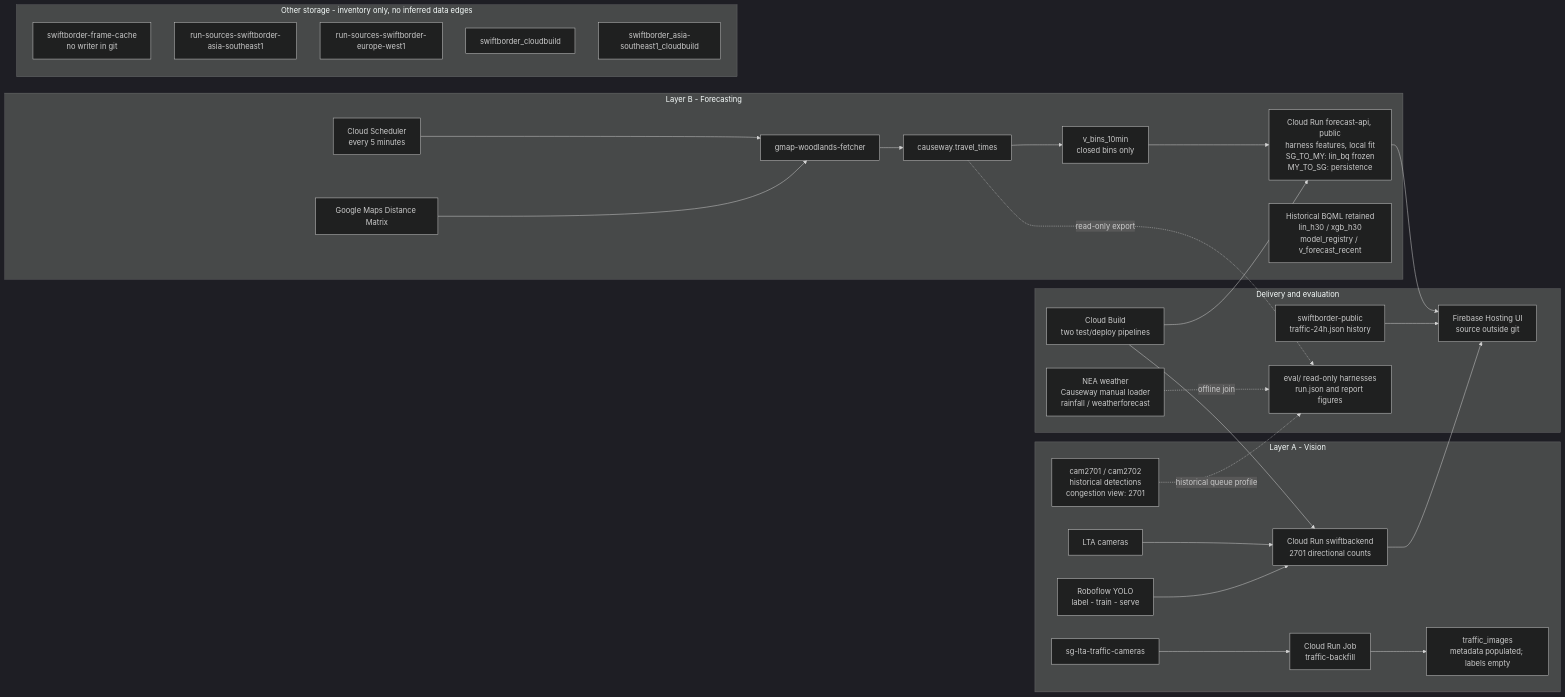
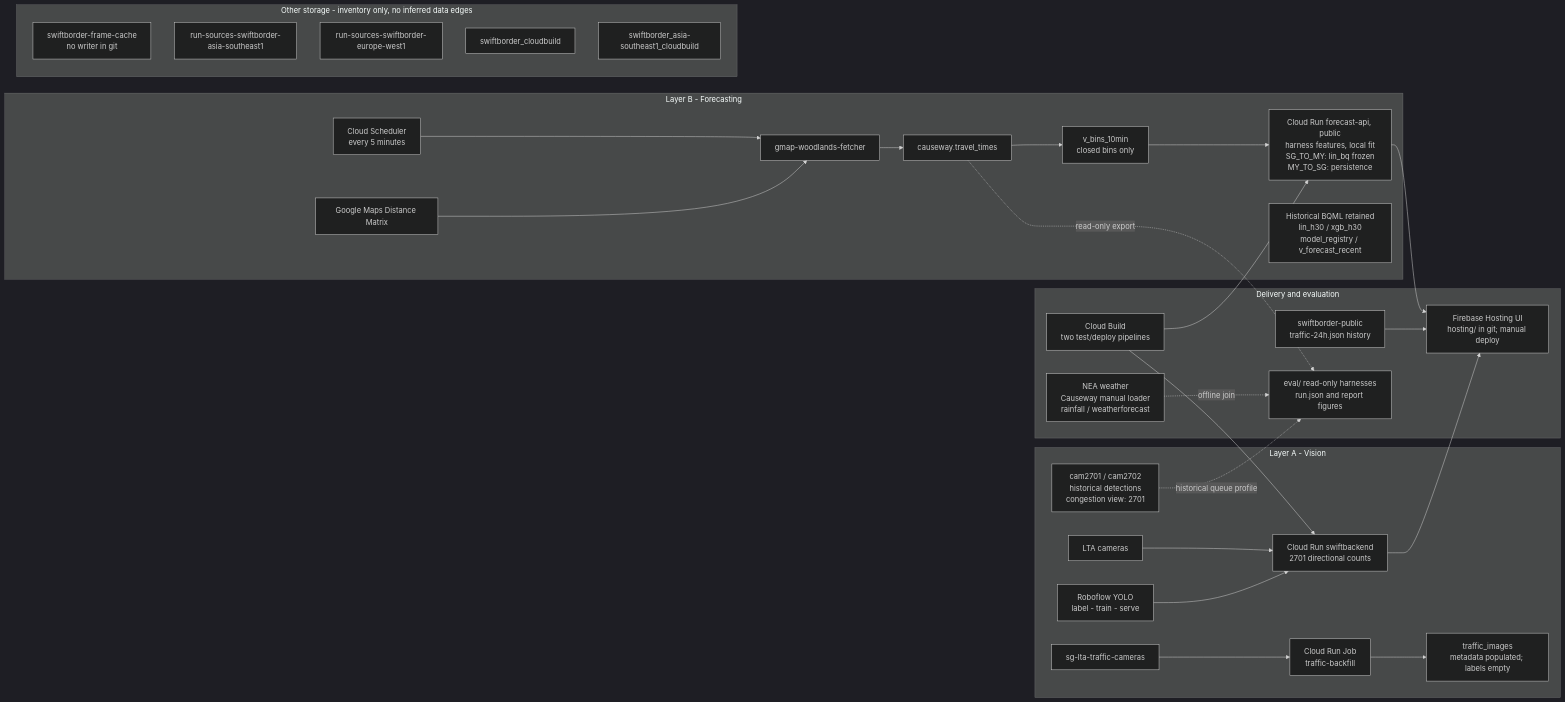
One commit to sozuken-max/swiftborder changed the diagram in docs/diagrams/architecture-detailed.mmd. Above: the diagram before and after it, drawn with Mermaid (dark theme). The commit also changed 17 other files, not shown here.

First line of the commit message:
Record the 4 Oct live check and that Hosting is in git.

```diff
--- a/docs/diagrams/architecture-detailed.mmd
+++ b/docs/diagrams/architecture-detailed.mmd
@@ -1,35 +1,35 @@
 flowchart LR
   subgraph LA["Layer A - Vision"]
     LTA["LTA cameras"] --> SB["Cloud Run swiftbackend<br/>2701 directional counts"]
     RF["Roboflow YOLO<br/>label - train - serve"] --> SB
     CAM["sg-lta-traffic-cameras"] --> JOB["Cloud Run Job<br/>traffic-backfill"]
     JOB --> META["traffic_images<br/>metadata populated; labels empty"]
     HIST["cam2701 / cam2702<br/>historical detections<br/>congestion view: 2701"]
   end
   subgraph LB["Layer B - Forecasting"]
     SCH["Cloud Scheduler<br/>every 5 minutes"] --> ING["gmap-woodlands-fetcher"]
     MAPS["Google Maps Distance Matrix"] --> ING
     ING --> TT["causeway.travel_times"]
     TT --> FEATURES["v_bins_10min<br/>closed bins only"]
     FEATURES --> API["Cloud Run forecast-api, public<br/>harness features, local fit<br/>SG_TO_MY: lin_bq frozen<br/>MY_TO_SG: persistence"]
     LEGACY["Historical BQML retained<br/>lin_h30 / xgb_h30<br/>model_registry / v_forecast_recent"]
   end
   subgraph DELIVERY["Delivery and evaluation"]
     BUILD["Cloud Build<br/>two test/deploy pipelines"] --> SB
     BUILD --> API
-    UI["Firebase Hosting UI<br/>source outside git"]
+    UI["Firebase Hosting UI<br/>hosting/ in git; manual deploy"]
     SB --> UI
     API --> UI
     PUB["swiftborder-public<br/>traffic-24h.json history"] --> UI
     EVAL["eval/ read-only harnesses<br/>run.json and report figures"]
     WX["NEA weather<br/>Causeway manual loader<br/>rainfall / weatherforecast"] -.->|"offline join"| EVAL
     HIST -.->|"historical queue profile"| EVAL
     TT -.->|"read-only export"| EVAL
   end
   subgraph STORAGE["Other storage - inventory only, no inferred data edges"]
     CACHE["swiftborder-frame-cache<br/>no writer in git"]
     RS1["run-sources-swiftborder-asia-southeast1"]
     RS2["run-sources-swiftborder-europe-west1"]
     CB["swiftborder_cloudbuild"]
     CBA["swiftborder_asia-southeast1_cloudbuild"]
   end
```
